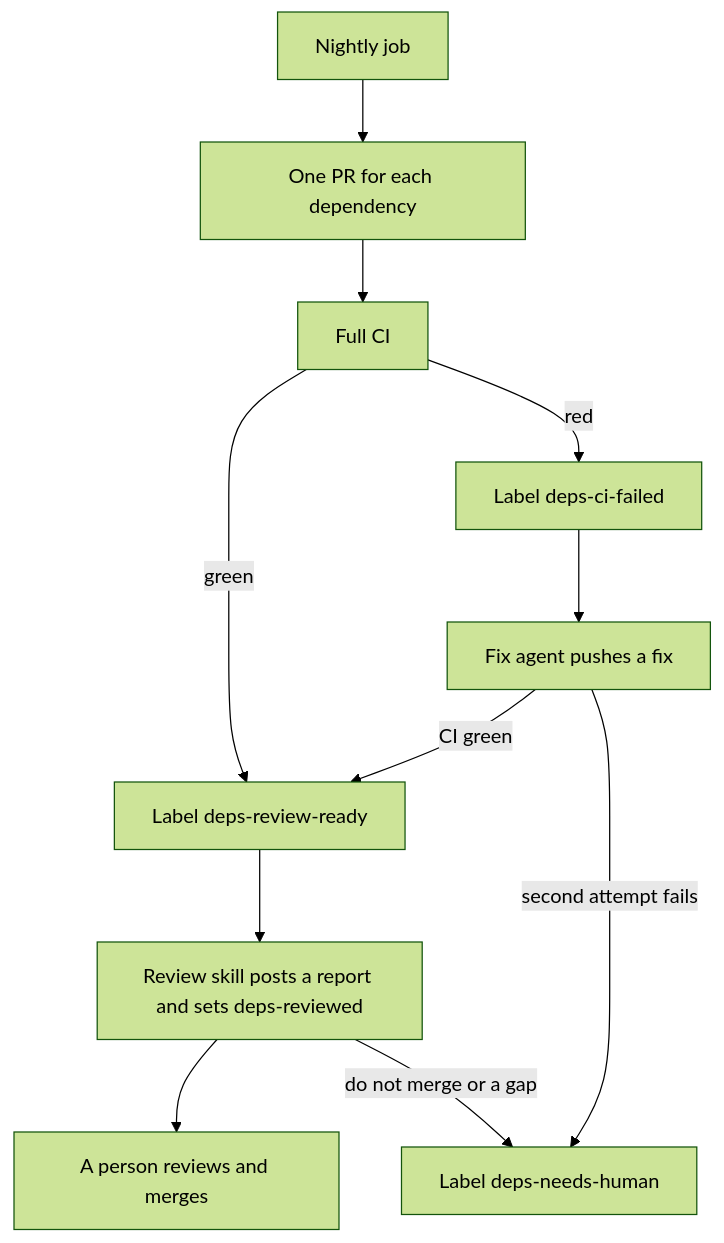
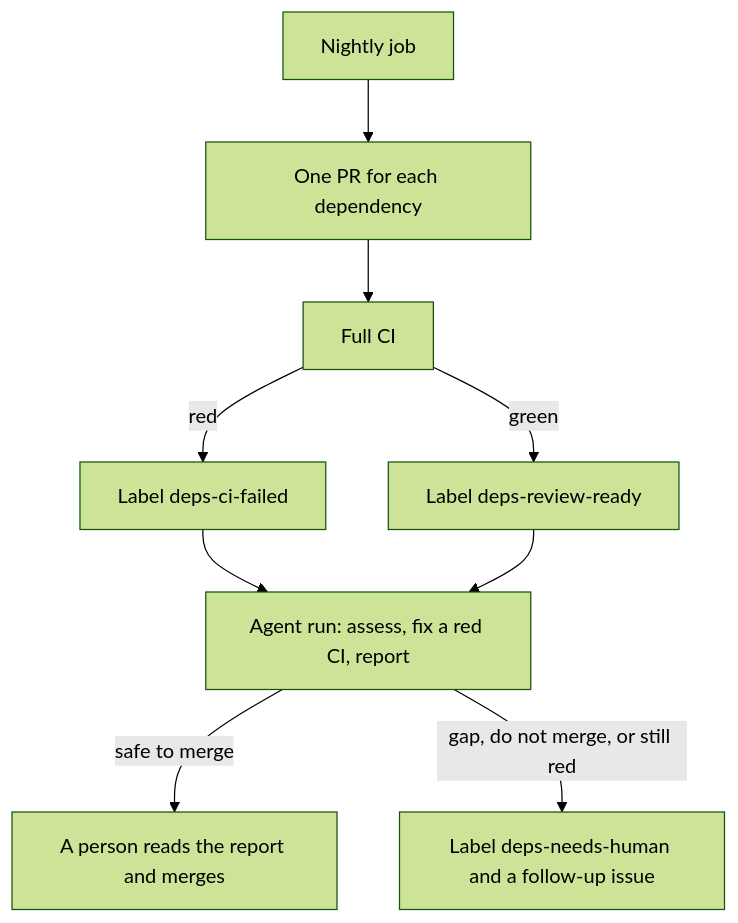
Before and after one commit to Unique-AG/connectors: the diagram in docs/security/dependencies.md, drawn with Mermaid (forest theme). The commit also changed other lines of this file and 3 other files, not shown here.

Commit message:
docs(main): describe the one-pass dependency agent and the follow-up ticket

````diff
--- a/docs/security/dependencies.md
+++ b/docs/security/dependencies.md
@@ -10,13 +10,11 @@
 ```mermaid
 flowchart TD
   nightly[Nightly job] --> pr[One PR for each dependency]
   pr --> ci[Full CI]
+  ci -->|red| failed[Label deps-ci-failed]
   ci -->|green| ready[Label deps-review-ready]
-  ci -->|red| failed[Label deps-ci-failed]
-  failed --> agent[Fix agent pushes a fix]
-  agent -->|CI green| ready
-  agent -->|second attempt fails| human[Label deps-needs-human]
-  ready --> report[Review skill posts a report and sets deps-reviewed]
-  report --> review[A person reviews and merges]
-  report -->|do not merge or a gap| human
+  failed --> agent["Agent run: assess, fix a red CI, report"]
+  ready --> agent
+  agent -->|safe to merge| review[A person reads the report and merges]
+  agent -->|gap, do not merge, or still red| human[Label deps-needs-human and a follow-up issue]
 ```
````
